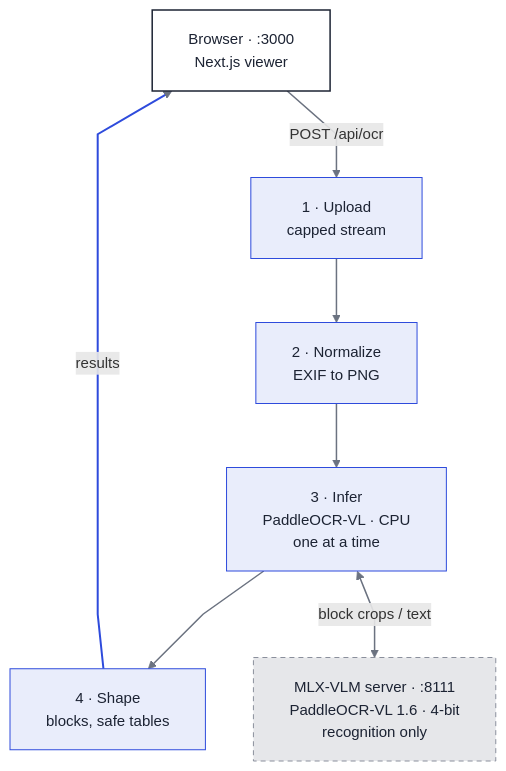
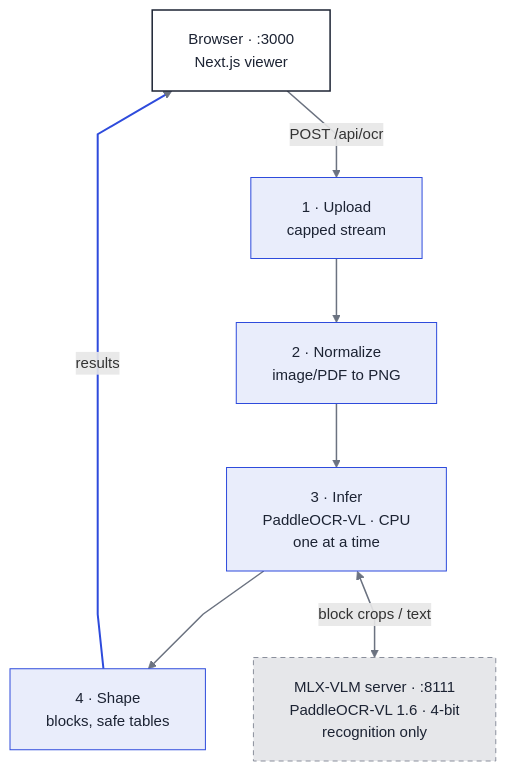
One commit to Ethanlam123/invoice_ocr changed the diagram in README.md. Above: the diagram before and after it, drawn with Mermaid. The commit also changed other lines of this file and 23 other files, not shown here.

````diff
--- a/README.md
+++ b/README.md
@@ -20,24 +22,24 @@
 ```mermaid
 %%{init: {"flowchart": {"curve": "linear", "nodeSpacing": 48, "rankSpacing": 64, "padding": 18}, "themeVariables": {"fontSize": "15px"}}}%%
 flowchart TB
     UI["Browser · :3000<br/>Next.js viewer"]
     S1["1 · Upload<br/>capped stream"]
-    S2["2 · Normalize<br/>EXIF to PNG"]
+    S2["2 · Normalize<br/>image/PDF to PNG"]
     S3["3 · Infer<br/>PaddleOCR-VL · CPU<br/>one at a time"]
     S4["4 · Shape<br/>blocks, safe tables"]
     VLM["MLX-VLM server · :8111<br/>PaddleOCR-VL 1.6 · 4-bit<br/>recognition only"]
 
     UI -->|"POST /api/ocr"| S1
     S1 --> S2 --> S3 --> S4
     S4 -->|"results"| UI
     S3 <-->|"block crops / text"| VLM
 
     classDef browser fill:#ffffff,stroke:#1c2333,color:#1c2333,stroke-width:1.5px
     classDef stage fill:#e9edfb,stroke:#2e4bdc,color:#1c2333
     classDef model fill:#e6e7ea,stroke:#8a8f9c,color:#1c2333,stroke-dasharray:5 4
     class UI browser
     class S1,S2,S3,S4 stage
     class VLM model
     linkStyle default stroke:#6b7280,stroke-width:1.5px
     linkStyle 4 stroke:#2e4bdc,stroke-width:2px
 ```
````
